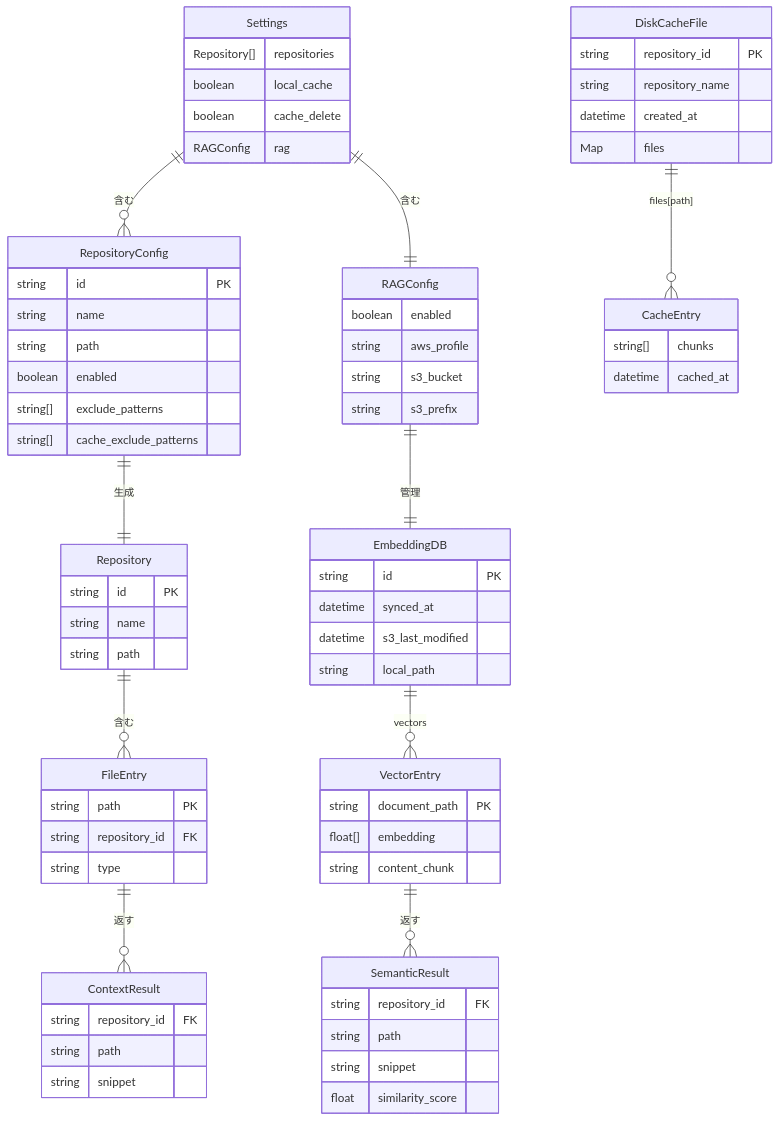
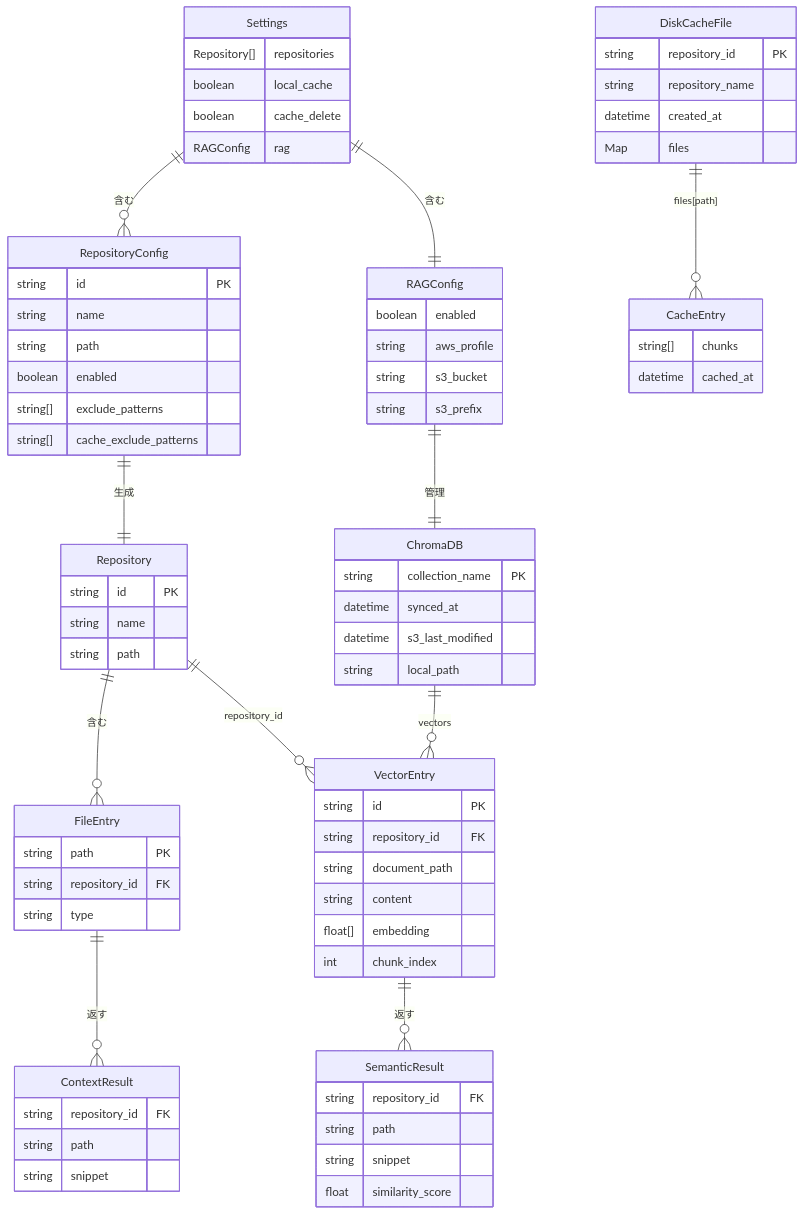
Before and after one commit to HatoriIchigo/repo-bridge-mcp: the second of 3 diagrams in docs/design.md, drawn with Mermaid. The commit also changed other lines of this file, not shown here.

````diff
--- a/docs/design.md
+++ b/docs/design.md
@@ -101,75 +101,79 @@
 ```mermaid
 erDiagram
   Settings {
     Repository[] repositories
     boolean local_cache
     boolean cache_delete
     RAGConfig rag
   }
   RAGConfig {
     boolean enabled
     string aws_profile
     string s3_bucket
     string s3_prefix
   }
   RepositoryConfig {
     string id PK
     string name
     string path
     boolean enabled
     string[] exclude_patterns
     string[] cache_exclude_patterns
   }
   Repository {
     string id PK
     string name
     string path
   }
   FileEntry {
     string path PK
     string repository_id FK
     string type
   }
   ContextResult {
     string repository_id FK
     string path
     string snippet
   }
   DiskCacheFile {
     string repository_id PK
     string repository_name
     datetime created_at
     Map files
   }
   CacheEntry {
     string[] chunks
     datetime cached_at
   }
-  EmbeddingDB {
-    string id PK
+  ChromaDB {
+    string collection_name PK
     datetime synced_at
     datetime s3_last_modified
     string local_path
   }
   VectorEntry {
-    string document_path PK
+    string id PK
+    string repository_id FK
+    string document_path
+    string content
     float[] embedding
-    string content_chunk
+    int chunk_index
   }
   SemanticResult {
     string repository_id FK
     string path
     string snippet
     float similarity_score
   }
 
   Settings ||--o{ RepositoryConfig : "含む"
   Settings ||--|| RAGConfig : "含む"
   RepositoryConfig ||--|| Repository : "生成"
   Repository ||--o{ FileEntry : "含む"
   FileEntry ||--o{ ContextResult : "返す"
   DiskCacheFile ||--o{ CacheEntry : "files[path]"
-  RAGConfig ||--|| EmbeddingDB : "管理"
-  EmbeddingDB ||--o{ VectorEntry : "vectors"
+  RAGConfig ||--|| ChromaDB : "管理"
+  ChromaDB ||--o{ VectorEntry : "vectors"
   VectorEntry ||--o{ SemanticResult : "返す"
+  Repository ||--o{ VectorEntry : "repository_id"
 ```
````
